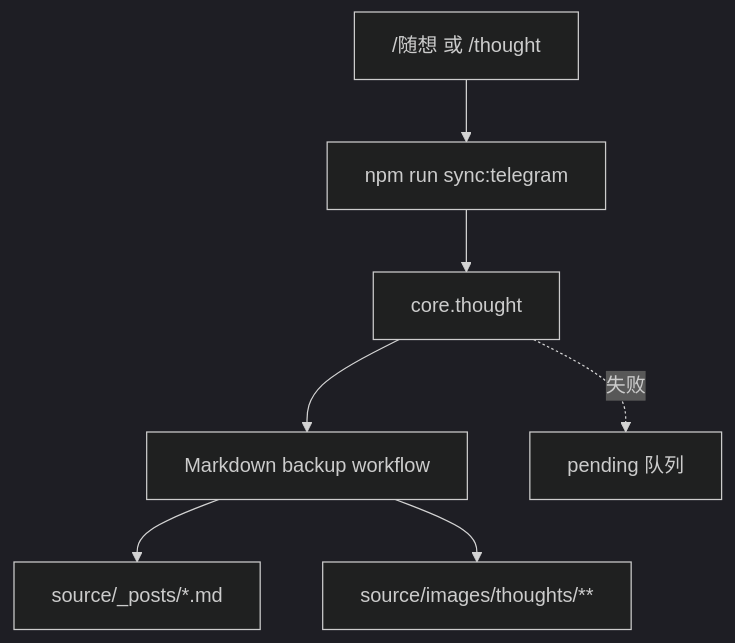
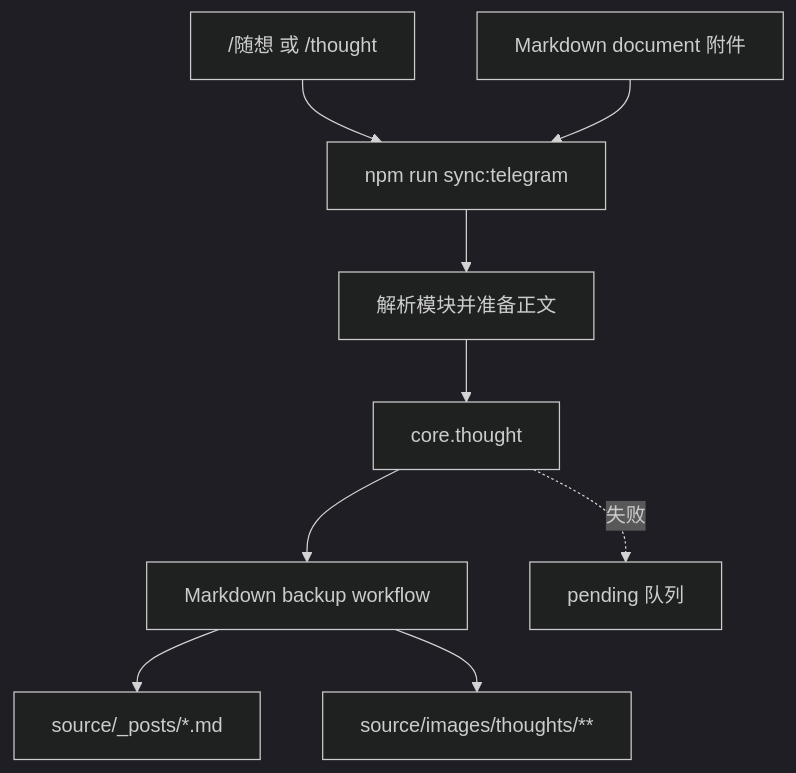
One commit to soulgo/training_records changed the third of 4 diagrams in docs/数据流转/数据流转说明.md. Above: the diagram before and after it, drawn with Mermaid (dark theme). The commit also changed other lines of this file and 18 other files, not shown here.

````diff
--- a/docs/数据流转/数据流转说明.md
+++ b/docs/数据流转/数据流转说明.md
@@ -56,9 +56,11 @@
 ```mermaid
 flowchart TD
   T["/随想 或 /thought"] --> S["npm run sync:telegram"]
-  S --> DB["core.thought"]
+  MD["Markdown document 附件"] --> S
+  S --> PREP["解析模块并准备正文"]
+  PREP --> DB["core.thought"]
   DB --> B["Markdown backup workflow"]
-  B --> P["source/_posts/*.md"]
+  B --> POSTS["source/_posts/*.md"]
   B --> I["source/images/thoughts/**"]
   DB -. "失败" .-> Q["pending 队列"]
 ```
````
